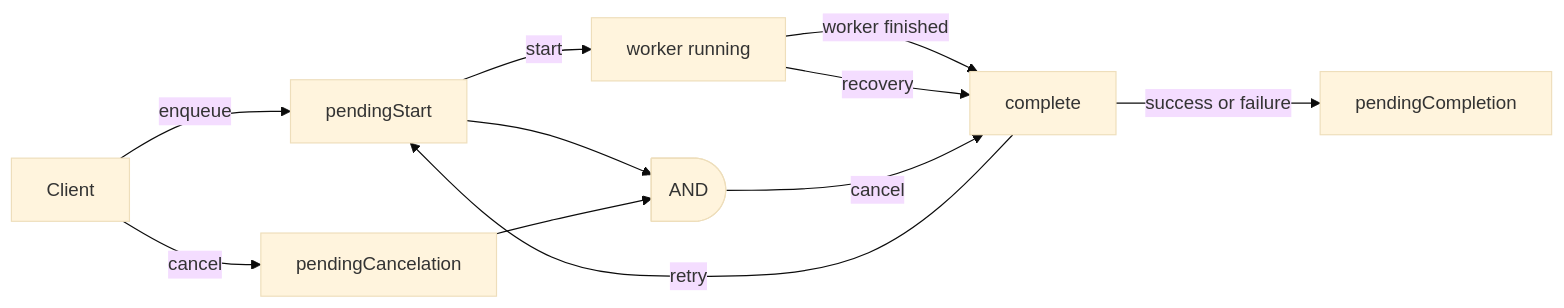
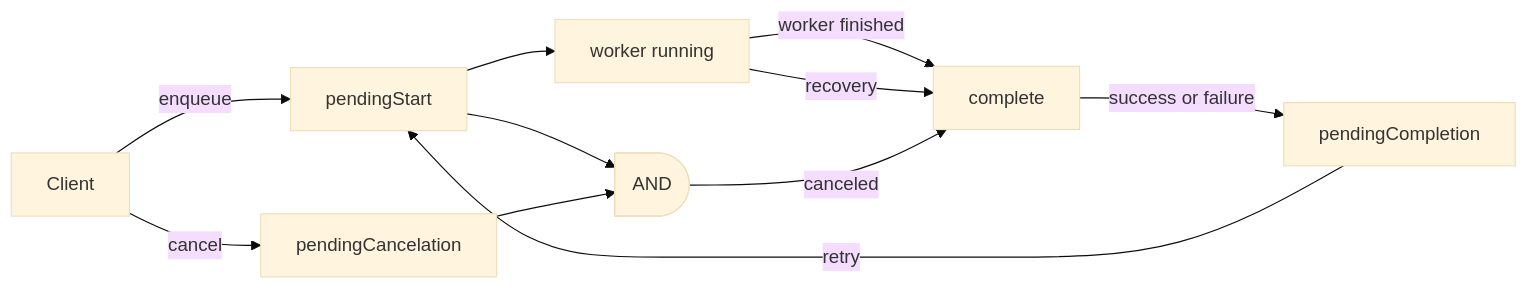
Before and after one commit to get-convex/workpool: the first of 2 diagrams in src/component/README.md, drawn with Mermaid (base theme). The commit also changed other lines of this file and 7 other files, not shown here.

````diff
--- a/src/component/README.md
+++ b/src/component/README.md
@@ -24,13 +24,13 @@
 ```mermaid
 flowchart LR
     Client -->|enqueue| pendingStart
     Client -->|cancel| pendingCancelation
-    complete -->|retry| pendingStart
     complete --> |success or failure| pendingCompletion
-    pendingStart -->|start| workerRunning["worker running"]
+    pendingCompletion -->|retry| pendingStart
+    pendingStart --> workerRunning["worker running"]
     workerRunning -->|worker finished| complete
     workerRunning --> |recovery| complete
-    successfulCancel["AND"]@{shape: delay} --> |cancel| complete
+    successfulCancel["AND"]@{shape: delay} --> |canceled| complete
     pendingStart --> successfulCancel
     pendingCancelation --> successfulCancel
 ```
````
